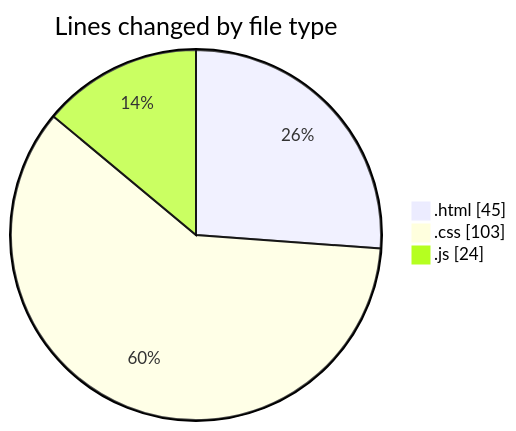
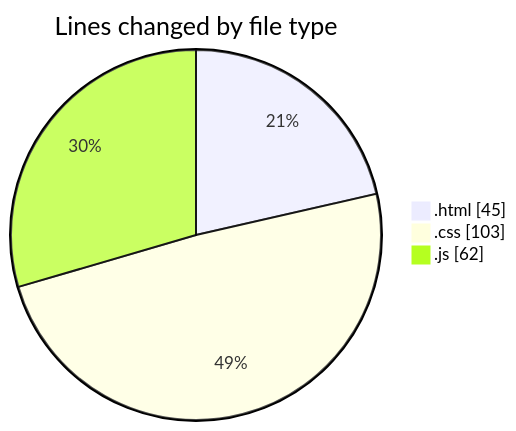
One commit to Ritupan-Deka/code-tracking changed the first of 2 diagrams in 2025-08-24/javascript/README.md. Above: the diagram before and after it, drawn with Mermaid. The commit also changed other lines of this file and 1 other file, not shown here.

````diff
--- a/2025-08-24/javascript/README.md
+++ b/2025-08-24/javascript/README.md
@@ -22,7 +22,7 @@
 ```mermaid
 pie showData
 title Lines changed by file type
 ".html" : 45
 ".css" : 103
-".js" : 24
+".js" : 62
 ```
````
